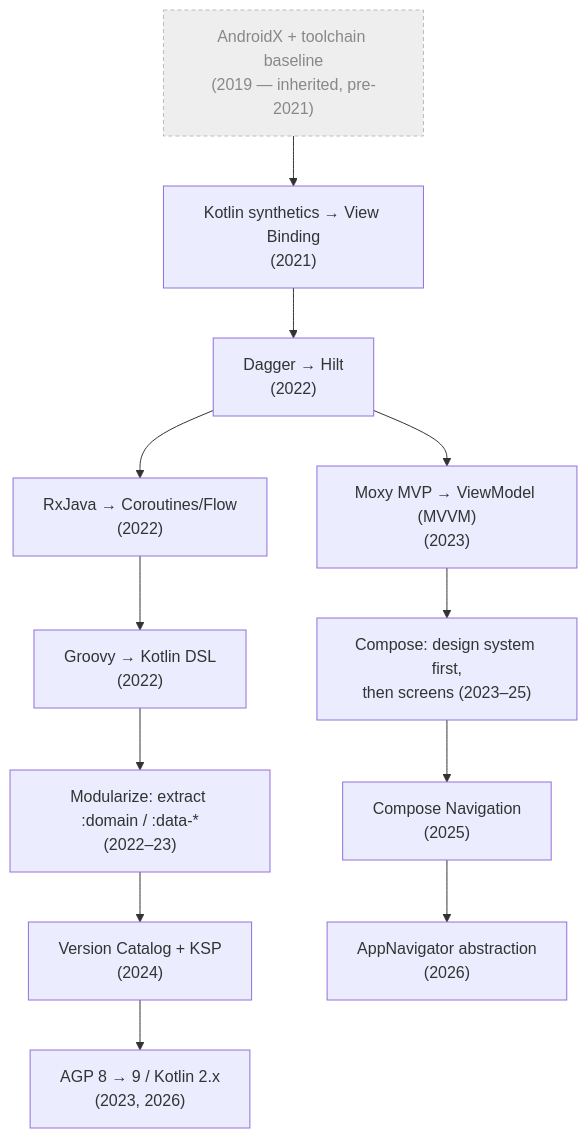
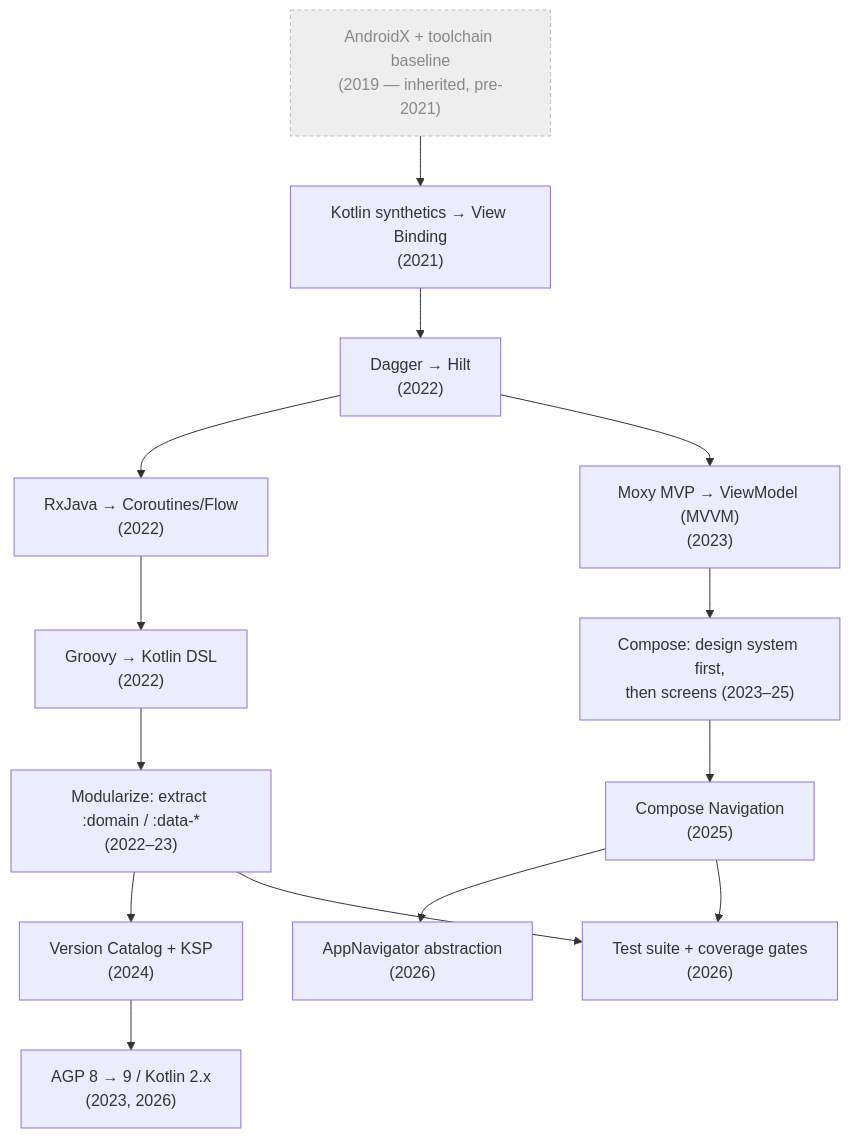
Before and after one commit to mynormeza/android-modernization-case-study: the second of 2 diagrams in README.md, drawn with Mermaid. The commit also changed other lines of this file and 1 other file, not shown here.

````diff
--- a/README.md
+++ b/README.md
@@ -95,15 +96,17 @@
 ```mermaid
 flowchart TD
     P0["AndroidX + toolchain baseline<br/>(2019 — inherited, pre-2021)"]:::pre --> P1["Kotlin synthetics → View Binding<br/>(2021)"]
     P1 --> P2["Dagger → Hilt<br/>(2022)"]
     P2 --> P3["RxJava → Coroutines/Flow<br/>(2022)"]
     P3 --> P4["Groovy → Kotlin DSL<br/>(2022)"]
     P4 --> P5["Modularize: extract :domain / :data-*<br/>(2022–23)"]
     P5 --> P6["Version Catalog + KSP<br/>(2024)"]
     P2 --> P7["Moxy MVP → ViewModel (MVVM)<br/>(2023)"]
     P7 --> P8["Compose: design system first,<br/>then screens (2023–25)"]
     P8 --> P9["Compose Navigation<br/>(2025)"]
     P9 --> P10["AppNavigator abstraction<br/>(2026)"]
     P6 --> P11["AGP 8 → 9 / Kotlin 2.x<br/>(2023, 2026)"]
+    P9 --> P12["Test suite + coverage gates<br/>(2026)"]
+    P5 --> P12  
     classDef pre fill:#eee,stroke:#bbb,color:#888,stroke-dasharray:4 3;
 ```
````
